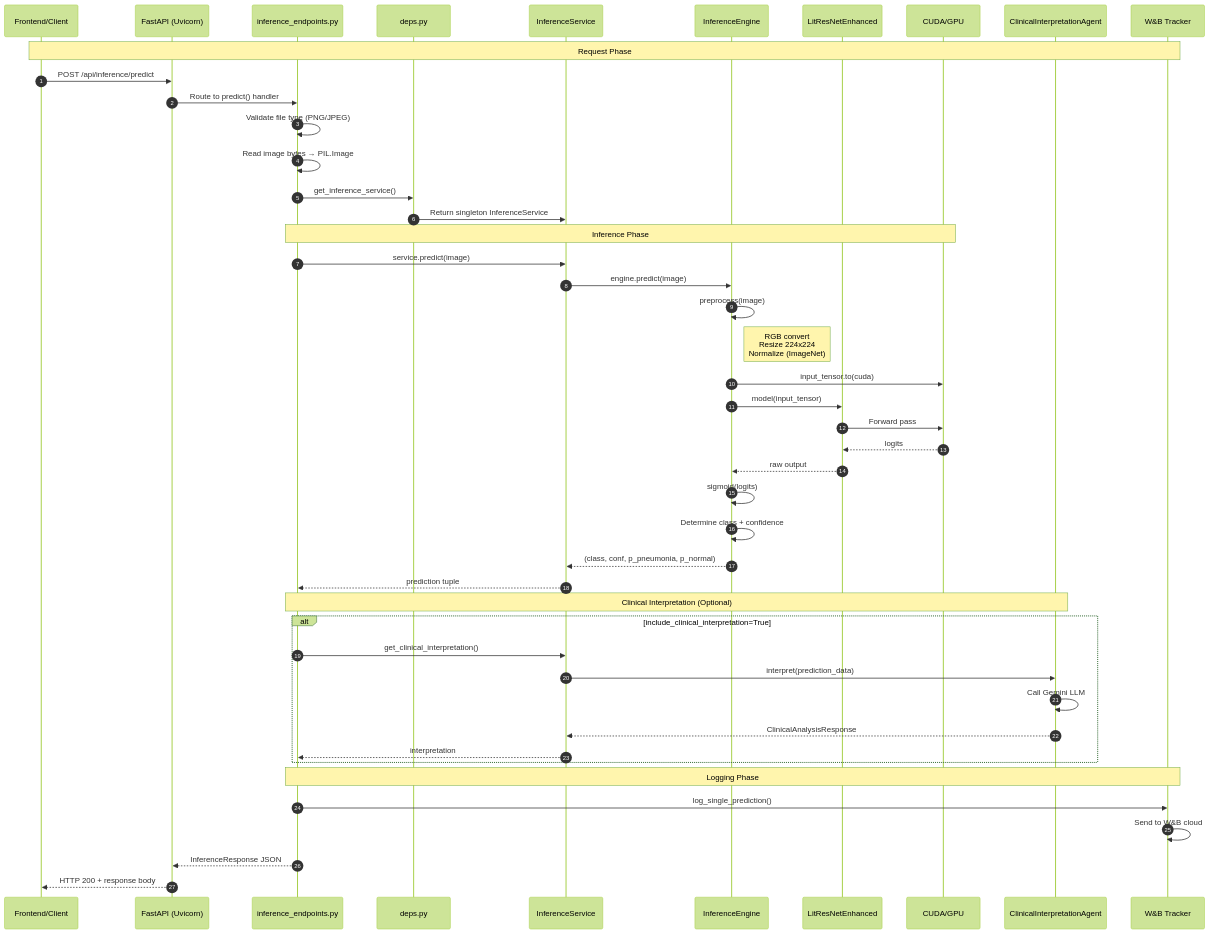
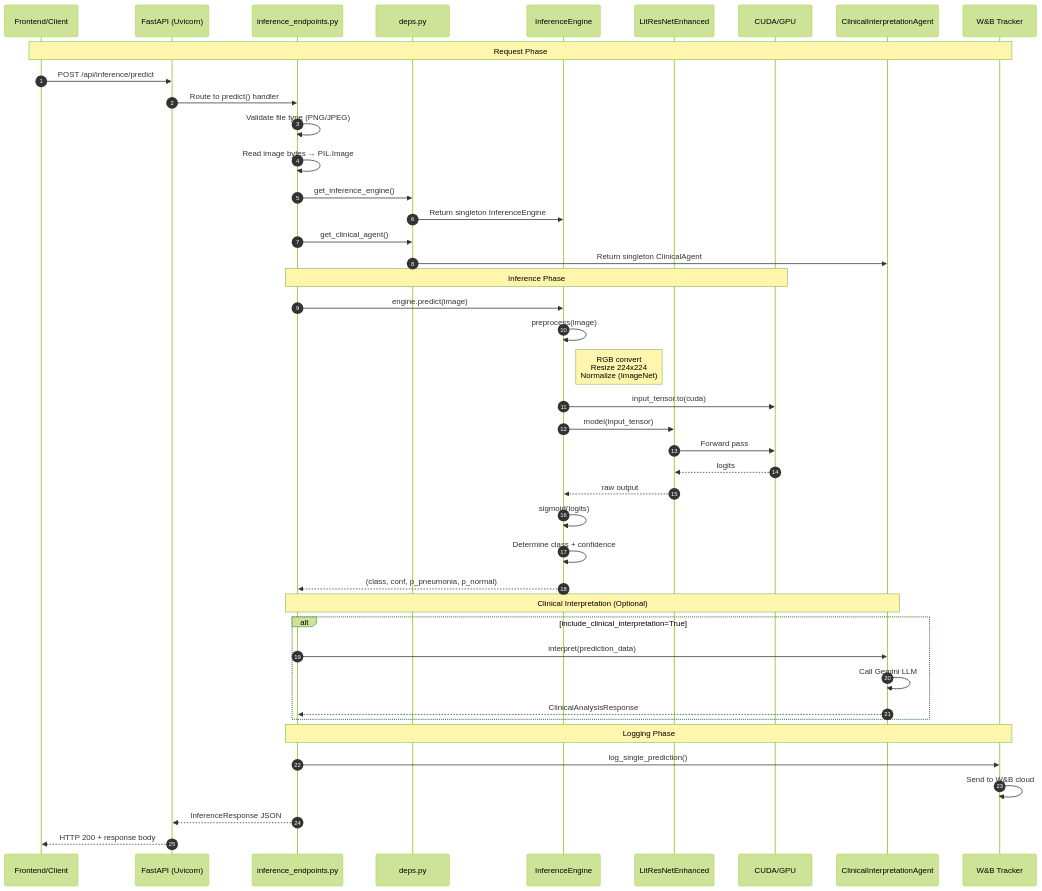
The second of 2 diagrams in federated_pneumonia_detection/src/control/model_inferance/INFERENCE_ARCHITECTURE.md (h19overflow/federated_learning), drawn with Mermaid (forest theme) before and after one commit. The commit also changed other lines of this file and 30 other files, not shown here.

````diff
--- a/federated_pneumonia_detection/src/control/model_inferance/INFERENCE_ARCHITECTURE.md
+++ b/federated_pneumonia_detection/src/control/model_inferance/INFERENCE_ARCHITECTURE.md
@@ -149,61 +145,58 @@
 ```mermaid
 sequenceDiagram
     autonumber
     participant Client as Frontend/Client
     participant FW as FastAPI (Uvicorn)
     participant EP as inference_endpoints.py
     participant Deps as deps.py
-    participant SVC as InferenceService
     participant ENG as InferenceEngine
     participant Model as LitResNetEnhanced
     participant GPU as CUDA/GPU
     participant Agent as ClinicalInterpretationAgent
     participant WB as W&B Tracker
 
     Note over Client,WB: Request Phase
 
     Client->>FW: POST /api/inference/predict
     FW->>EP: Route to predict() handler
     EP->>EP: Validate file type (PNG/JPEG)
     EP->>EP: Read image bytes → PIL.Image
 
-    EP->>Deps: get_inference_service()
-    Deps->>SVC: Return singleton InferenceService
+    EP->>Deps: get_inference_engine()
+    Deps->>ENG: Return singleton InferenceEngine
+    EP->>Deps: get_clinical_agent()
+    Deps->>Agent: Return singleton ClinicalAgent
 
     Note over EP,GPU: Inference Phase
 
-    EP->>SVC: service.predict(image)
-    SVC->>ENG: engine.predict(image)
+    EP->>ENG: engine.predict(image)
 
     ENG->>ENG: preprocess(image)
     Note right of ENG: RGB convert<br/>Resize 224x224<br/>Normalize (ImageNet)
 
     ENG->>GPU: input_tensor.to(cuda)
     ENG->>Model: model(input_tensor)
     Model->>GPU: Forward pass
     GPU-->>Model: logits
     Model-->>ENG: raw output
 
     ENG->>ENG: sigmoid(logits)
     ENG->>ENG: Determine class + confidence
-    ENG-->>SVC: (class, conf, p_pneumonia, p_normal)
-    SVC-->>EP: prediction tuple
+    ENG-->>EP: (class, conf, p_pneumonia, p_normal)
 
     Note over EP,Agent: Clinical Interpretation (Optional)
 
     alt include_clinical_interpretation=True
-        EP->>SVC: get_clinical_interpretation()
-        SVC->>Agent: interpret(prediction_data)
+        EP->>Agent: interpret(prediction_data)
         Agent->>Agent: Call Gemini LLM
-        Agent-->>SVC: ClinicalAnalysisResponse
-        SVC-->>EP: interpretation
+        Agent-->>EP: ClinicalAnalysisResponse
     end
 
     Note over EP,WB: Logging Phase
 
     EP->>WB: log_single_prediction()
     WB->>WB: Send to W&B cloud
 
     EP-->>FW: InferenceResponse JSON
     FW-->>Client: HTTP 200 + response body
 ```
````
